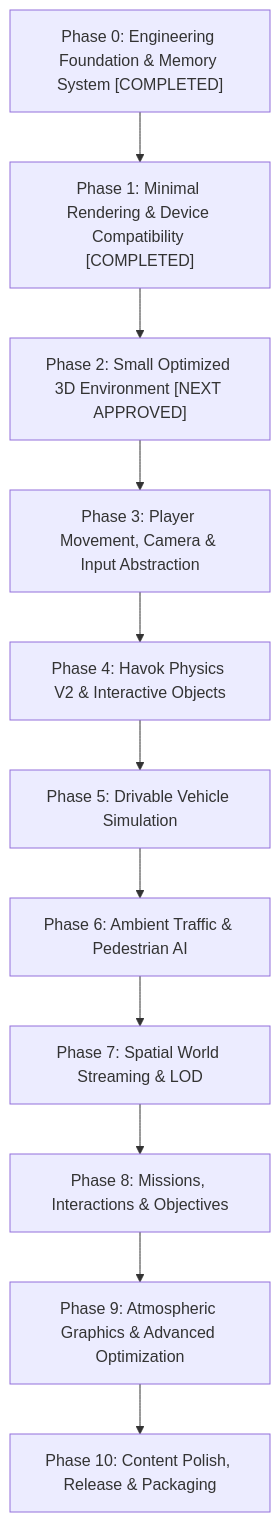
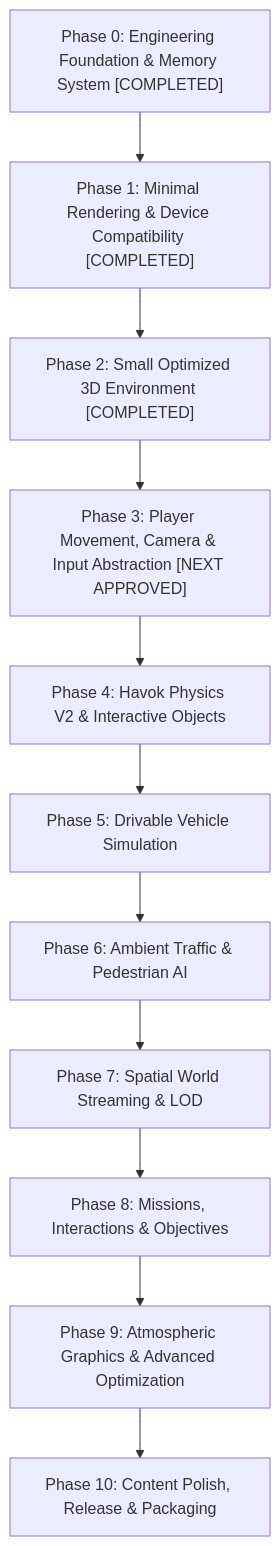
Before and after one commit to chandanbag1999/vice-city: the diagram in docs/ROADMAP.md, drawn with Mermaid. The commit also changed other lines of this file and 19 other files, not shown here.

````diff
--- a/docs/ROADMAP.md
+++ b/docs/ROADMAP.md
@@ -14,13 +14,13 @@
 ```mermaid
 flowchart TD
     P0["Phase 0: Engineering Foundation & Memory System [COMPLETED]"] --> P1["Phase 1: Minimal Rendering & Device Compatibility [COMPLETED]"]
-    P1 --> P2["Phase 2: Small Optimized 3D Environment [NEXT APPROVED]"]
-    P2 --> P3["Phase 3: Player Movement, Camera & Input Abstraction"]
+    P1 --> P2["Phase 2: Small Optimized 3D Environment [COMPLETED]"]
+    P2 --> P3["Phase 3: Player Movement, Camera & Input Abstraction [NEXT APPROVED]"]
     P3 --> P4["Phase 4: Havok Physics V2 & Interactive Objects"]
     P4 --> P5["Phase 5: Drivable Vehicle Simulation"]
     P5 --> P6["Phase 6: Ambient Traffic & Pedestrian AI"]
     P6 --> P7["Phase 7: Spatial World Streaming & LOD"]
     P7 --> P8["Phase 8: Missions, Interactions & Objectives"]
     P8 --> P9["Phase 9: Atmospheric Graphics & Advanced Optimization"]
     P9 --> P10["Phase 10: Content Polish, Release & Packaging"]
 ```
````
